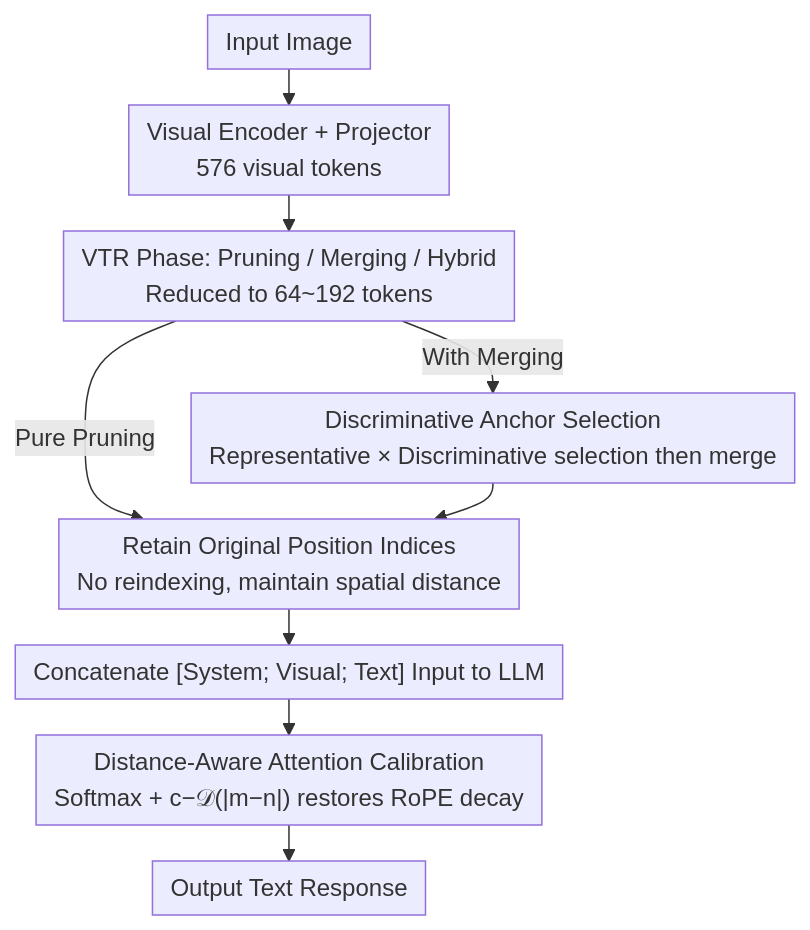
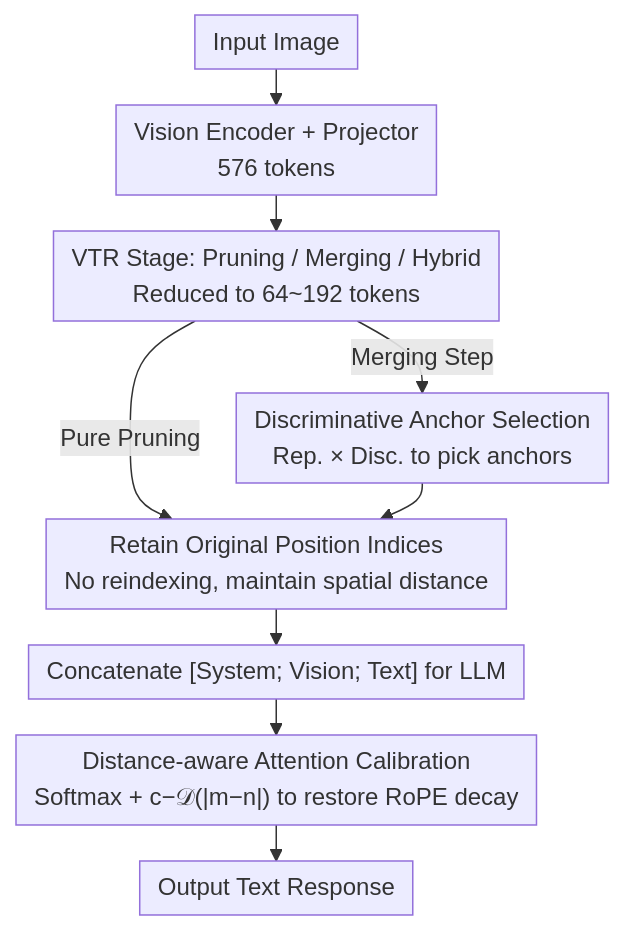
Before and after one commit to zhaoyang97/Paper-Notes-en: the diagram in docs/ICML2026/multimodal_vlm/improving_visual_token_reduction_via_rectifying_distortions_for_efficient_multim.md, drawn with Mermaid. The commit also changed other lines of this file and 5084 other files, not shown here.

````diff
--- a/docs/ICML2026/multimodal_vlm/improving_visual_token_reduction_via_rectifying_distortions_for_efficient_multim.md
+++ b/docs/ICML2026/multimodal_vlm/improving_visual_token_reduction_via_rectifying_distortions_for_efficient_multim.md
@@ -45,12 +45,12 @@
 ```mermaid
 %%{init: {'flowchart': {'rankSpacing': 24, 'nodeSpacing': 28, 'padding': 6, 'wrappingWidth': 400}}}%%
 flowchart TD
-    A["Input Image"] --> B["Visual Encoder + Projector<br/>576 visual tokens"]
-    B --> C["VTR Phase: Pruning / Merging / Hybrid<br/>Reduced to 64~192 tokens"]
-    C -->|With Merging| D["Discriminative Anchor Selection<br/>Representative × Discriminative selection then merge"]
+    A["Input Image"] --> B["Vision Encoder + Projector<br/>576 tokens"]
+    B --> C["VTR Stage: Pruning / Merging / Hybrid<br/>Reduced to 64~192 tokens"]
+    C -->|Merging Step| D["Discriminative Anchor Selection<br/>Rep. × Disc. to pick anchors"]
     C -->|Pure Pruning| E
     D --> E["Retain Original Position Indices<br/>No reindexing, maintain spatial distance"]
-    E --> F["Concatenate [System; Visual; Text] Input to LLM"]
-    F --> G["Distance-Aware Attention Calibration<br/>Softmax + c−𝒟(|m−n|) restores RoPE decay"]
+    E --> F["Concatenate [System; Vision; Text] for LLM"]
+    F --> G["Distance-aware Attention Calibration<br/>Softmax + c−𝒟(|m−n|) to restore RoPE decay"]
     G --> H["Output Text Response"]
 ```
````
